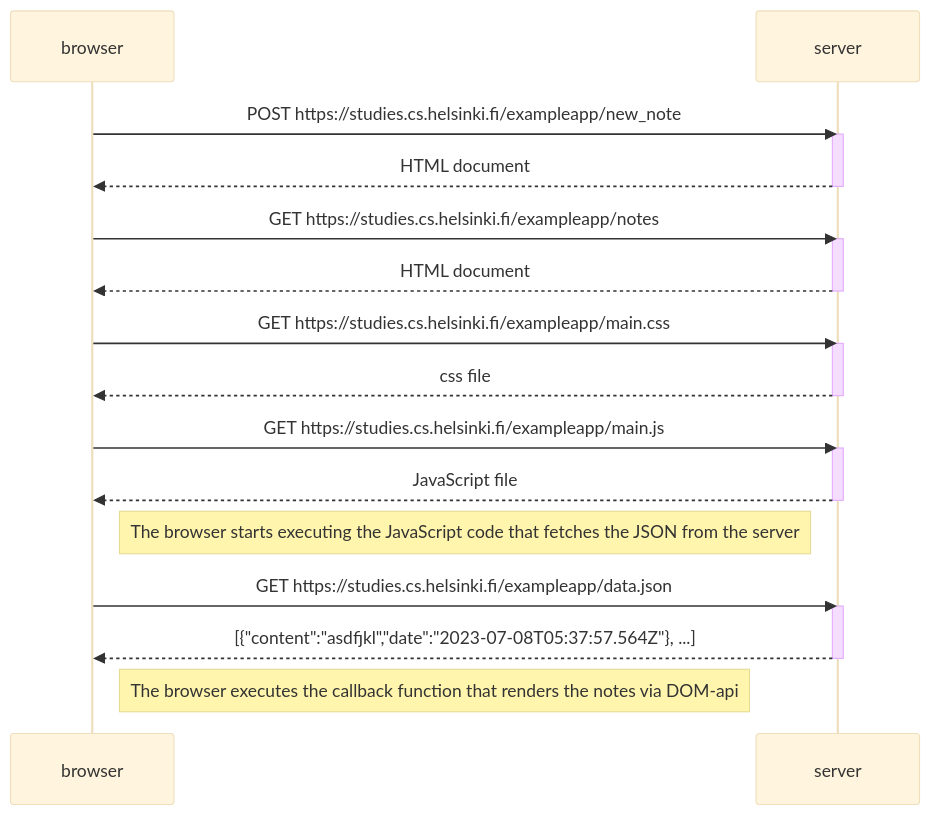
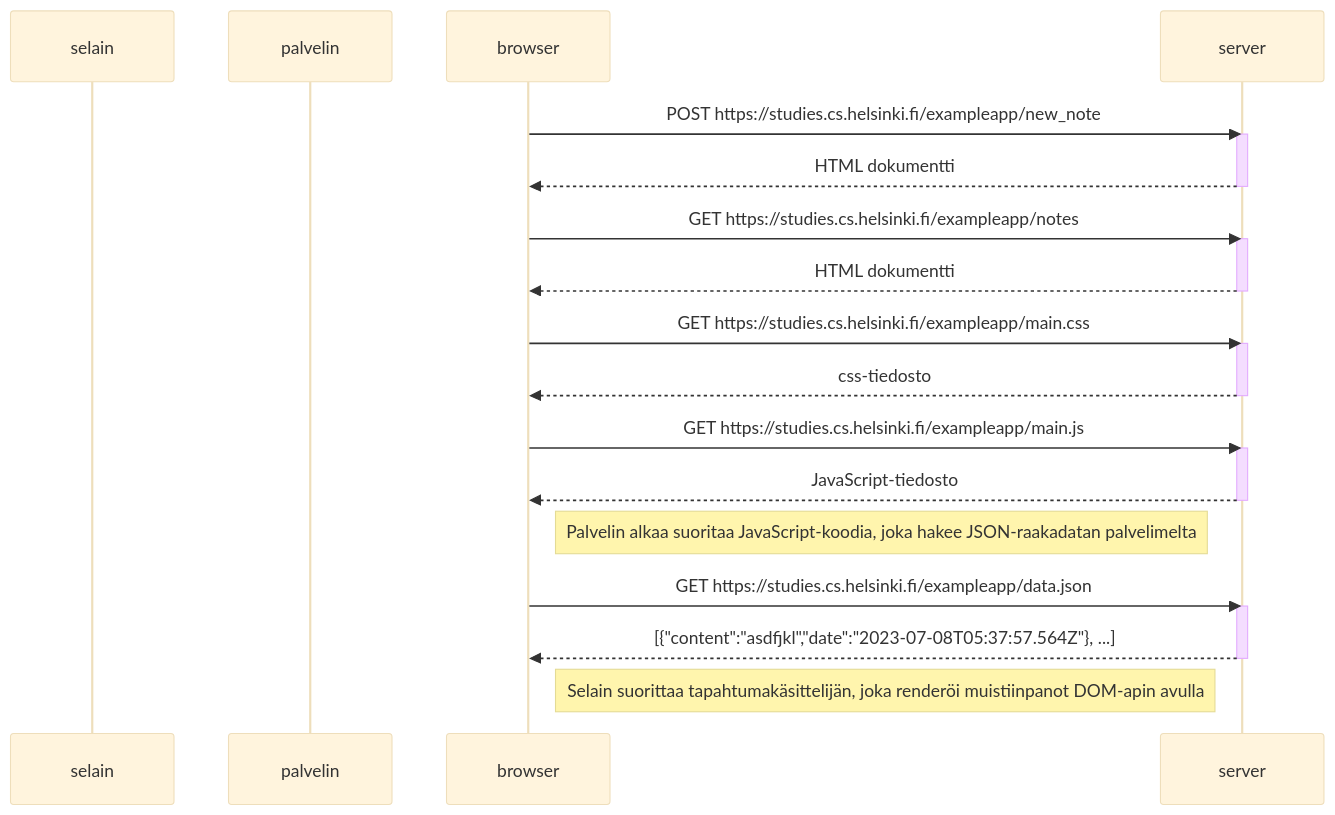
One commit to z0nsk1/FullStackOpen23 changed the diagram in osa0/0.4_sekvenssikaavio.md. Above: the diagram before and after it, drawn with Mermaid (base theme).

````diff
--- a/osa0/0.4_sekvenssikaavio.md
+++ b/osa0/0.4_sekvenssikaavio.md
@@ -1,35 +1,35 @@
 ```mermaid
 sequenceDiagram
-  participant browser
-  participant server
+  participant selain
+  participant palvelin
 
   browser->>server: POST https://studies.cs.helsinki.fi/exampleapp/new_note
   activate server
-  server-->>browser: HTML document
+  server-->>browser: HTML dokumentti
   deactivate server
 
   browser->>server: GET https://studies.cs.helsinki.fi/exampleapp/notes
   activate server
-  server-->>browser: HTML document
+  server-->>browser: HTML dokumentti
   deactivate server
     
   browser->>server: GET https://studies.cs.helsinki.fi/exampleapp/main.css
   activate server
-  server-->>browser: css file
+  server-->>browser: css-tiedosto
   deactivate server
     
   browser->>server: GET https://studies.cs.helsinki.fi/exampleapp/main.js
   activate server
-  server-->>browser: JavaScript file
+  server-->>browser: JavaScript-tiedosto
   deactivate server
 
-  Note right of browser: The browser starts executing the JavaScript code that fetches the JSON from the server
+  Note right of browser: Palvelin alkaa suoritaa JavaScript-koodia, joka hakee JSON-raakadatan palvelimelta
     
   browser->>server: GET https://studies.cs.helsinki.fi/exampleapp/data.json
   activate server
   server-->>browser: [{"content":"asdfjkl","date":"2023-07-08T05:37:57.564Z"}, ...]
   deactivate server    
 
-  Note right of browser: The browser executes the callback function that renders the notes via DOM-api
+  Note right of browser: Selain suorittaa tapahtumakäsittelijän, joka renderöi muistiinpanot DOM-apin avulla
 
 ```
````
